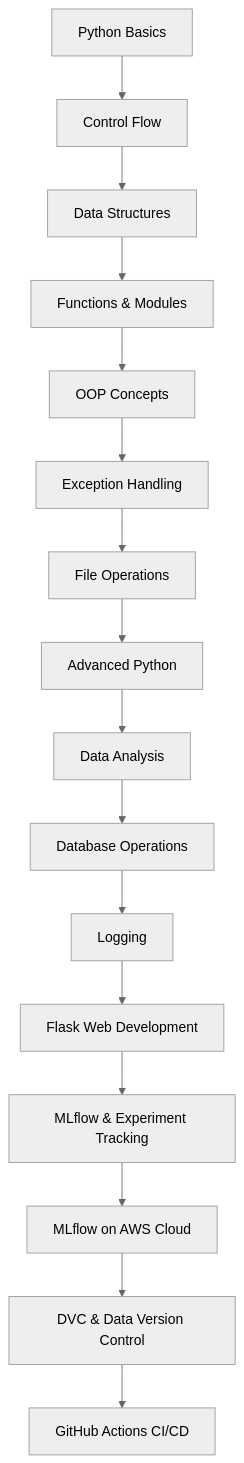
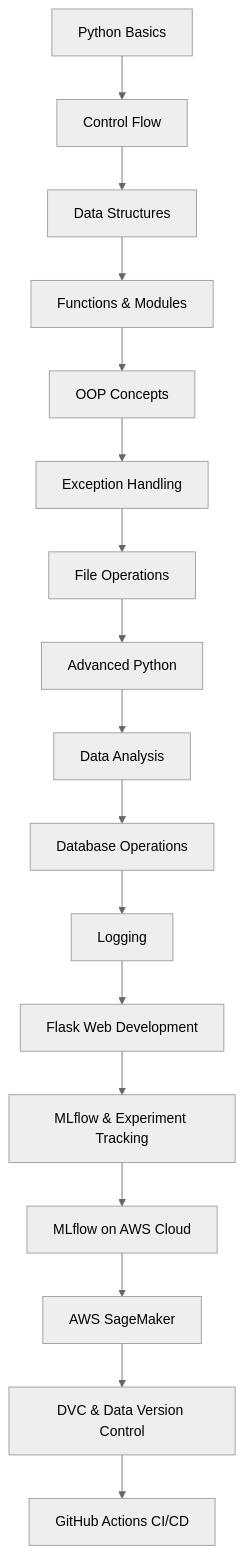
The first of 16 diagrams in README.md (jagadeshchilla/MLOPS), drawn with Mermaid (neutral theme) before and after one commit. The commit also changed other lines of this file, not shown here.

Commit message:
aws sagemaker

````diff
--- a/README.md
+++ b/README.md
@@ -61,18 +64,19 @@
 ```mermaid
 graph TD
     A[Python Basics] --> B[Control Flow]
     B --> C[Data Structures]
     C --> D[Functions & Modules]
     D --> E[OOP Concepts]
     E --> F[Exception Handling]
     F --> G[File Operations]
     G --> H[Advanced Python]
     H --> I[Data Analysis]
     I --> J[Database Operations]
     J --> K[Logging]
     K --> L[Flask Web Development]
     L --> M[MLflow & Experiment Tracking]
     M --> N[MLflow on AWS Cloud]
-    N --> O[DVC & Data Version Control]
-    O --> P[GitHub Actions CI/CD]
+    N --> O[AWS SageMaker]
+    O --> P[DVC & Data Version Control]
+    P --> Q[GitHub Actions CI/CD]
 ```
````
